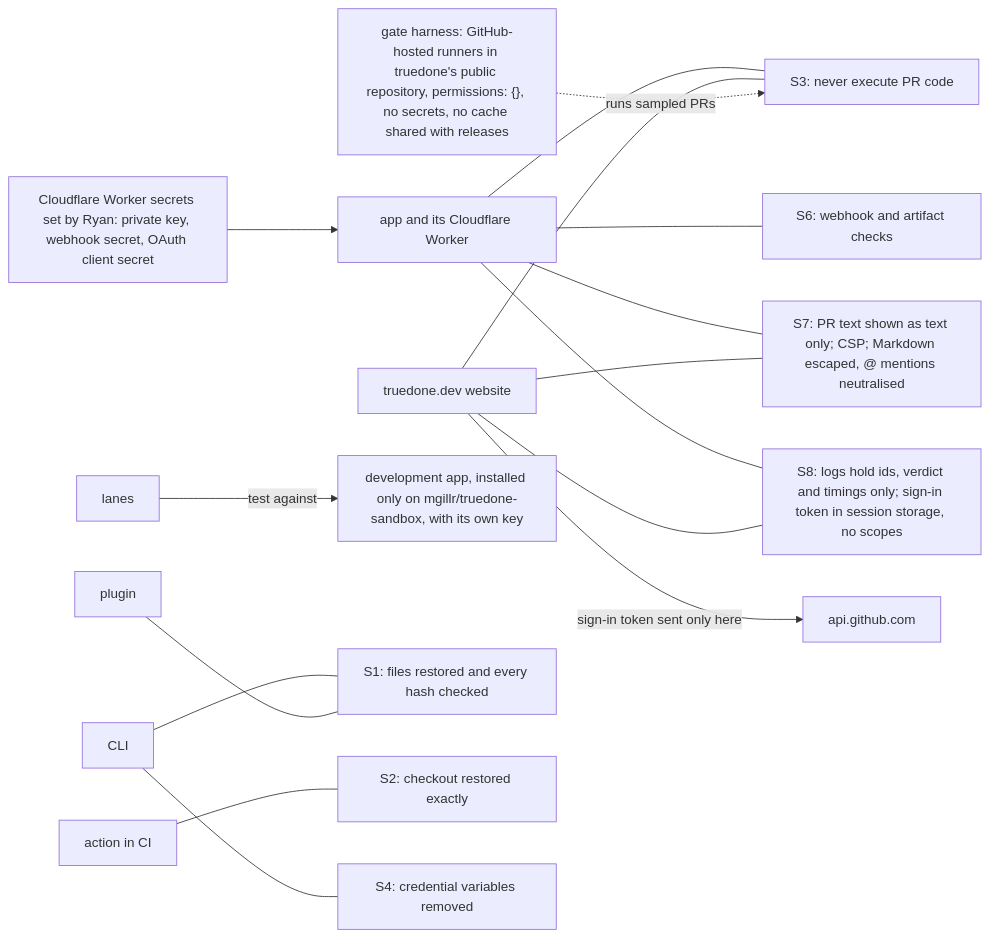
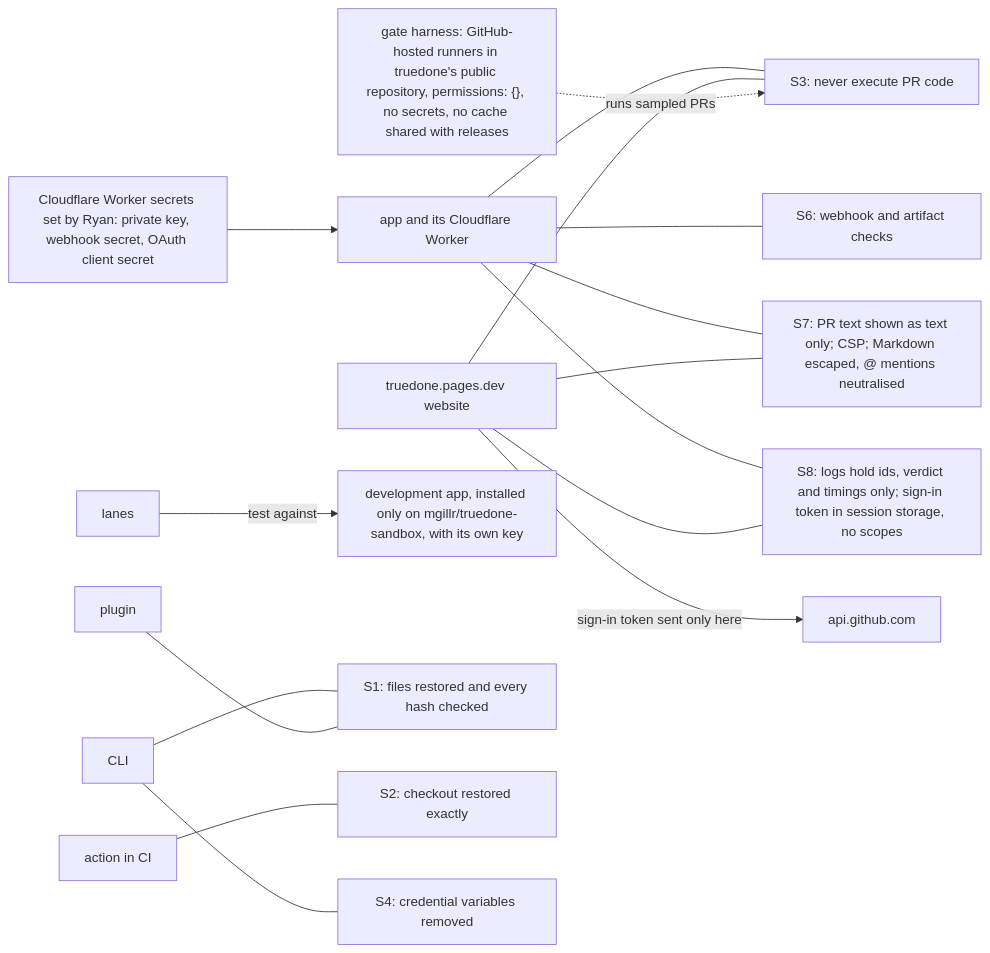
One commit to Truedone/truedone changed the second of 2 diagrams in docs/design/05-safety-rules.md. Above: the diagram before and after it, drawn with Mermaid. The commit also changed other lines of this file and 10 other files, not shown here.

````diff
--- a/docs/design/05-safety-rules.md
+++ b/docs/design/05-safety-rules.md
@@ -53,35 +53,35 @@
 ```mermaid
 flowchart LR
   CLI["CLI"]
   PLG["plugin"]
   ACT["action in CI"]
   APP["app and its Cloudflare Worker"]
-  WEB["truedone.dev website"]
+  WEB["truedone.pages.dev website"]
   HAR["gate harness: GitHub-hosted runners in truedone's public repository, permissions: {}, no secrets, no cache shared with releases"]
   SEC["Cloudflare Worker secrets set by Ryan: private key, webhook secret, OAuth client secret"]
   DEV["development app, installed only on mgillr/truedone-sandbox, with its own key"]
   LANES["lanes"]
   GHA["api.github.com"]
   S1["S1: files restored and every hash checked"]
   S2["S2: checkout restored exactly"]
   S3["S3: never execute PR code"]
   S4["S4: credential variables removed"]
   S6["S6: webhook and artifact checks"]
   S7["S7: PR text shown as text only; CSP; Markdown escaped, @ mentions neutralised"]
   S8["S8: logs hold ids, verdict and timings only; sign-in token in session storage, no scopes"]
   CLI --- S1
   PLG --- S1
   CLI --- S4
   ACT --- S2
   APP --- S3
   WEB --- S3
   APP --- S6
   APP --- S7
   WEB --- S7
   APP --- S8
   WEB --- S8
   SEC --> APP
   LANES -->|test against| DEV
   WEB -->|sign-in token sent only here| GHA
   HAR -.->|runs sampled PRs| S3
 ```
````
